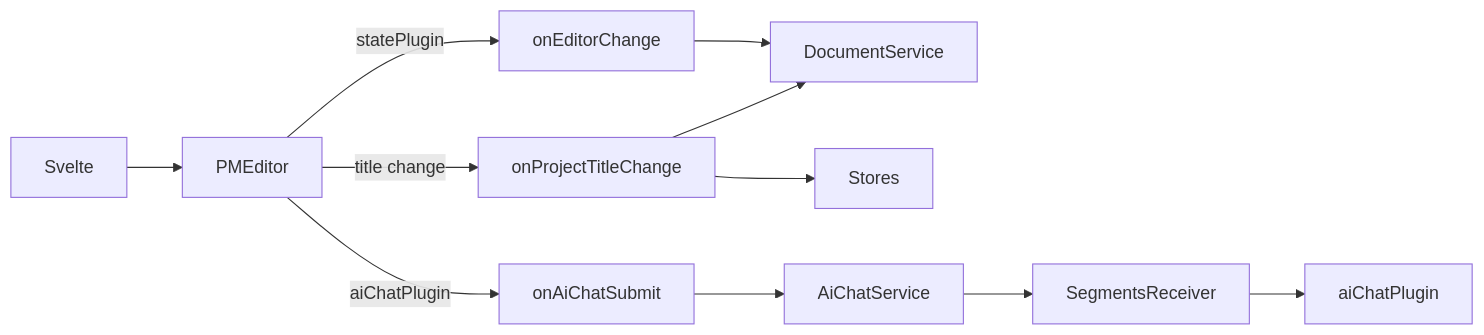
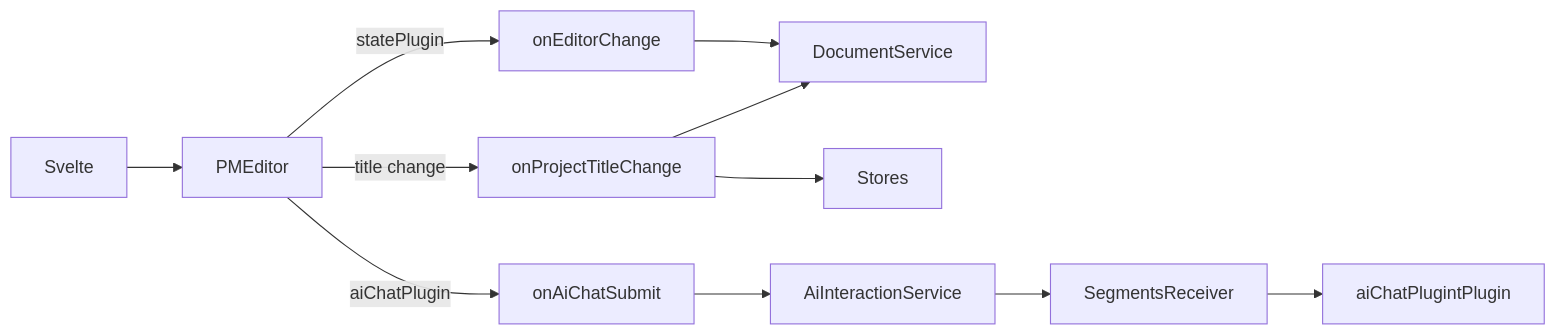
One commit to Lixpi/lixpi.ai-bridge changed the ninth of 9 diagrams in services/web-ui/src/components/proseMirror/README.md. Above: the diagram before and after it, drawn with Mermaid. The commit also changed other lines of this file and 3 other files, not shown here.

````diff
--- a/services/web-ui/src/components/proseMirror/README.md
+++ b/services/web-ui/src/components/proseMirror/README.md
@@ -324,10 +324,10 @@
 ```mermaid
 flowchart LR
   Svelte --> PMEditor
   PMEditor -->|statePlugin| onEditorChange
   PMEditor -->|title change| onProjectTitleChange
   PMEditor -->|aiChatPlugin| onAiChatSubmit
   onEditorChange --> DocumentService
   onProjectTitleChange --> DocumentService & Stores
-  onAiChatSubmit --> AiChatService --> SegmentsReceiver --> aiChatPlugin
+  onAiChatSubmit --> AiInteractionService --> SegmentsReceiver --> aiChatPlugintPlugin
 ```
````
